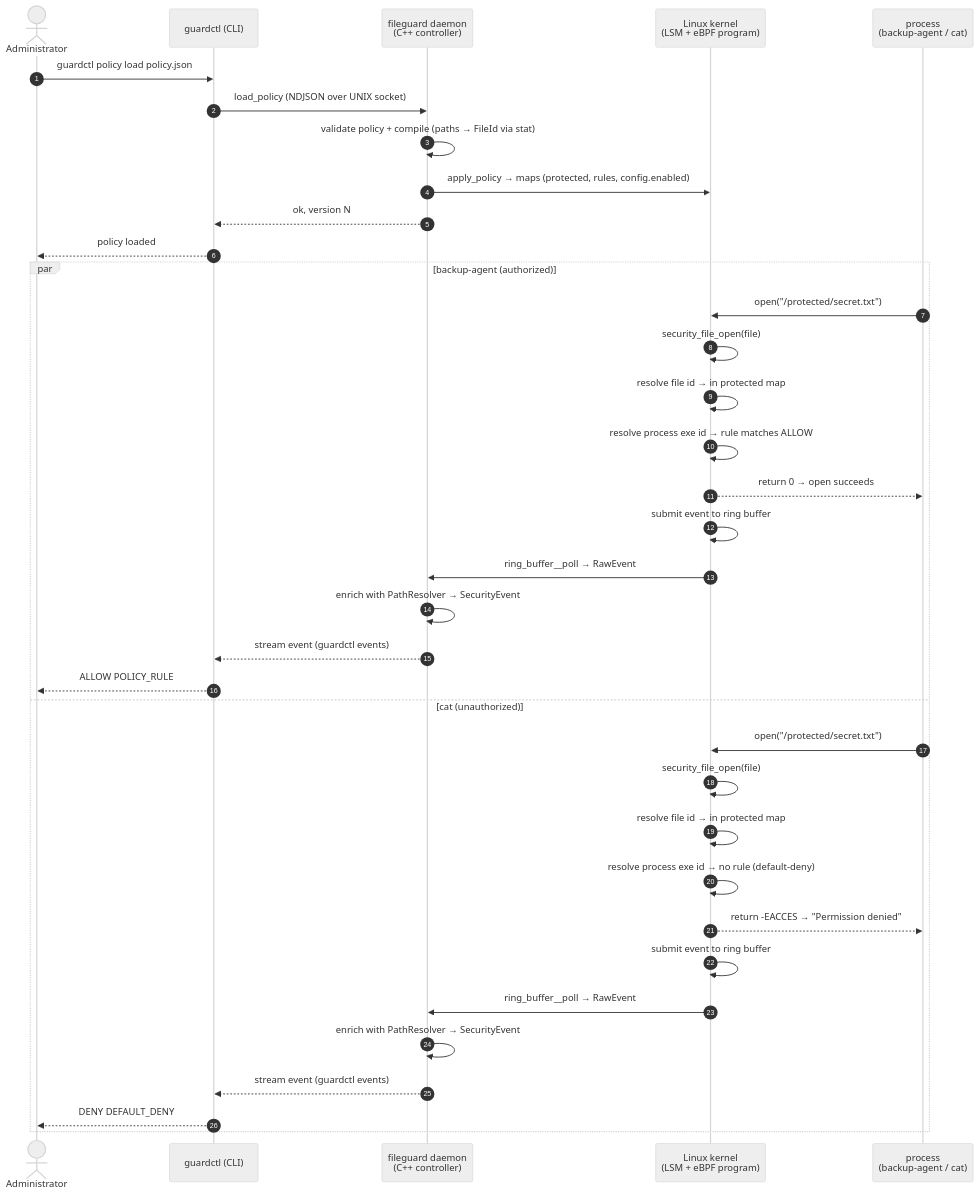
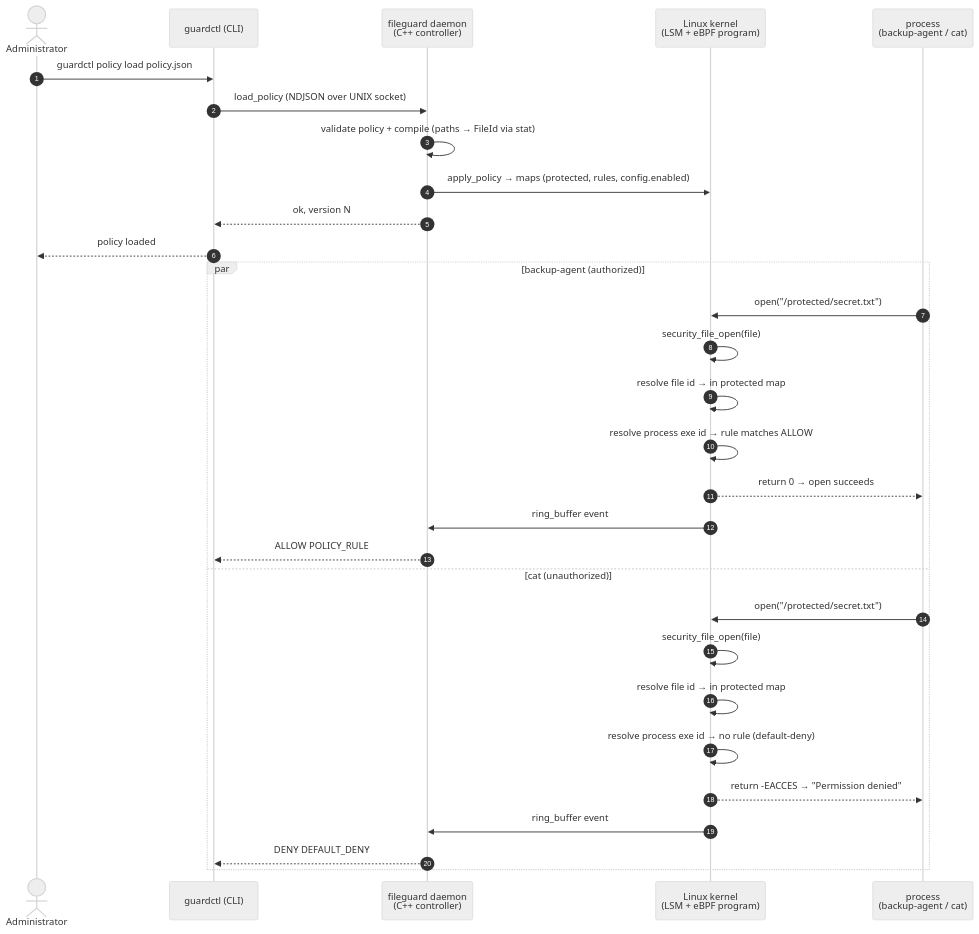
The first of 3 diagrams in README.md (swadhingoswami/ebpf-fileguard), drawn with Mermaid (neutral theme) before and after one commit. The commit also changed other lines of this file, not shown here.

Commit message:
docs: consolidate README — diagrams inline, install/run, validation checklist, SELinux/AppArmor positioning, performance & stress tools

````diff
--- a/README.md
+++ b/README.md
@@ -224,40 +141,34 @@
 ```mermaid
 sequenceDiagram
     autonumber
     actor Admin as Administrator
     participant CLI as guardctl (CLI)
     participant D as fileguard daemon<br/>(C++ controller)
     participant K as Linux kernel<br/>(LSM + eBPF program)
     participant P as process<br/>(backup-agent / cat)
 
     Admin->>CLI: guardctl policy load policy.json
     CLI->>D: load_policy (NDJSON over UNIX socket)
     D->>D: validate policy + compile (paths → FileId via stat)
     D->>K: apply_policy → maps (protected, rules, config.enabled)
     D-->>CLI: ok, version N
     CLI-->>Admin: policy loaded
 
     par backup-agent (authorized)
         P->>K: open("/protected/secret.txt")
         K->>K: security_file_open(file)
         K->>K: resolve file id → in protected map
         K->>K: resolve process exe id → rule matches ALLOW
         K-->>P: return 0 → open succeeds
-        K->>K: submit event to ring buffer
-        K->>D: ring_buffer__poll → RawEvent
-        D->>D: enrich with PathResolver → SecurityEvent
-        D-->>CLI: stream event (guardctl events)
-        CLI-->>Admin: ALLOW  POLICY_RULE
+        K->>D: ring_buffer event
+        D-->>CLI: ALLOW  POLICY_RULE
     and cat (unauthorized)
         P->>K: open("/protected/secret.txt")
         K->>K: security_file_open(file)
         K->>K: resolve file id → in protected map
         K->>K: resolve process exe id → no rule (default-deny)
         K-->>P: return -EACCES → "Permission denied"
-        K->>K: submit event to ring buffer
-        K->>D: ring_buffer__poll → RawEvent
-        D->>D: enrich with PathResolver → SecurityEvent
-        D-->>CLI: stream event (guardctl events)
-        CLI-->>Admin: DENY  DEFAULT_DENY
+        K->>D: ring_buffer event
+        D-->>CLI: DENY  DEFAULT_DENY
     end
 ```
````
